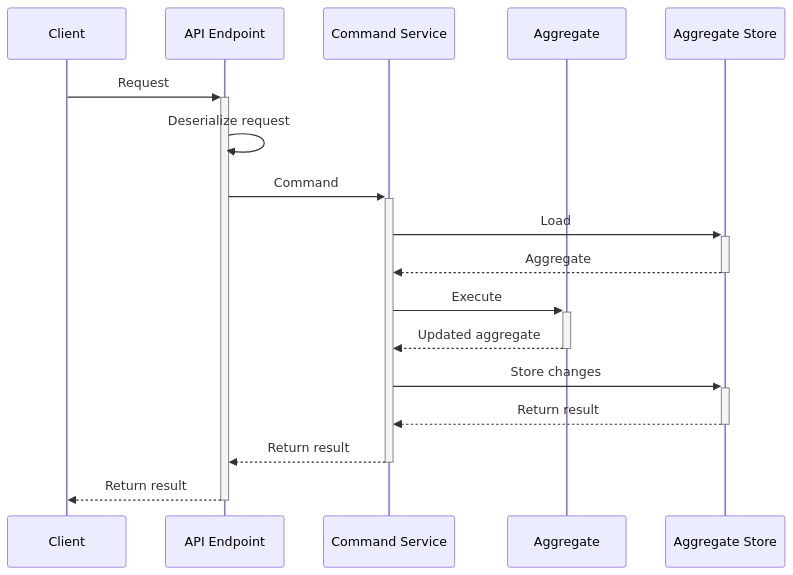
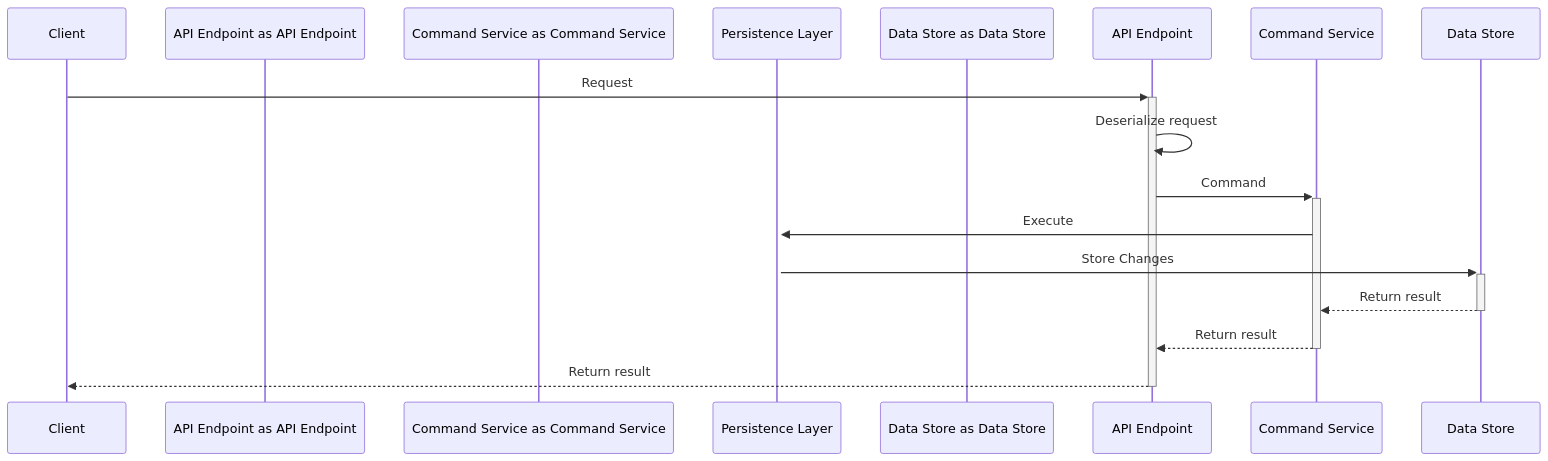
One commit to RCommon-Team/rcommon-docs changed the diagram in topics/patterns/cqrs/commands.md. Above: the diagram before and after it, drawn with Mermaid. The commit also changed 12 other files, not shown here.

````diff
--- a/topics/patterns/cqrs/commands.md
+++ b/topics/patterns/cqrs/commands.md
@@ -9,21 +9,18 @@
 ```mermaid
 sequenceDiagram
-    participant Client
-    participant API Endpoint
-    participant Command Service
-    participant Aggregate
-    participant Aggregate Store
+  participant Client as Client
+  participant API Endpoint as API Endpoint
+  participant Command Service as Command Service
+  participant Persistence as Persistence Layer
+  participant Data Store as Data Store
 
-    Client->>+API Endpoint: Request
-    API Endpoint->>API Endpoint: Deserialize request
-    API Endpoint->>+Command Service: Command
-    Command Service->>+Aggregate Store: Load
-    Aggregate Store-->>-Command Service: Aggregate
-    Command Service->>+Aggregate: Execute
-    Aggregate-->>-Command Service: Updated aggregate
-    Command Service->>+Aggregate Store: Store changes
-    Aggregate Store-->>-Command Service: Return result
-    Command Service-->>-API Endpoint: Return result
-    API Endpoint-->>-Client: Return result
+  Client ->>+ API Endpoint: Request
+  API Endpoint ->> API Endpoint: Deserialize request
+  API Endpoint ->>+ Command Service: Command
+  Command Service ->>+ Persistence: Execute
+   Persistence ->>+ Data Store: Store Changes
+  Data Store -->>- Command Service: Return result
+  Command Service -->>- API Endpoint: Return result
+  API Endpoint -->>- Client: Return result
 
 ```
````
